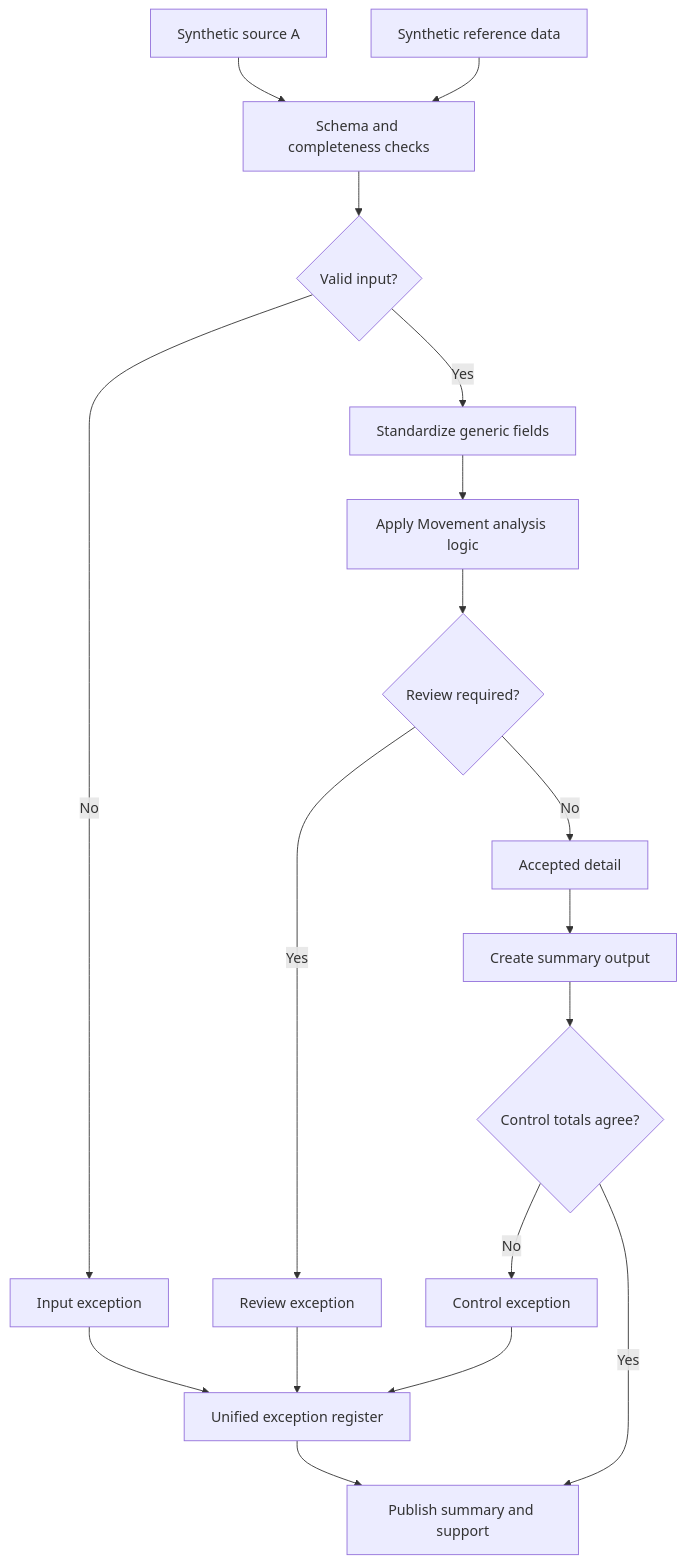
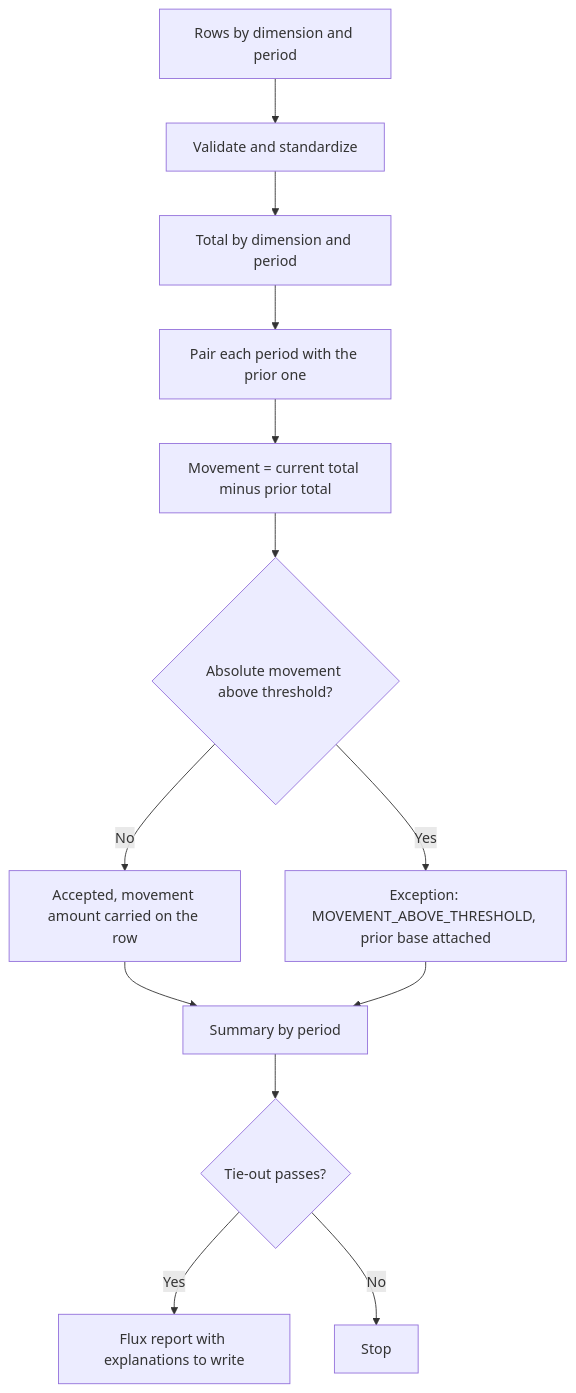
Before and after one commit to Erkzucr/automation-analytics-portfolio: the diagram in case-studies/06-period-over-period-analysis/README.md, drawn with Mermaid. The commit also changed 17 other files, not shown here.

````diff
--- a/case-studies/06-period-over-period-analysis/README.md
+++ b/case-studies/06-period-over-period-analysis/README.md
@@ -17,20 +17,15 @@
 ```mermaid
 flowchart TB
- A1[Synthetic source A] --> B[Schema and completeness checks]
- A2[Synthetic reference data] --> B
- B --> C{Valid input?}
- C -- No --> X1[Input exception]
- C -- Yes --> D[Standardize generic fields]
- D --> E[Apply Movement analysis logic]
- E --> F{Review required?}
- F -- Yes --> X2[Review exception]
- F -- No --> G[Accepted detail]
- G --> H[Create summary output]
- H --> I{Control totals agree?}
- I -- No --> X3[Control exception]
- I -- Yes --> J[Publish summary and support]
- X1 --> K[Unified exception register]
- X2 --> K
- X3 --> K
- K --> J
+ I[Rows by dimension and period] --> V[Validate and standardize]
+ V --> T[Total by dimension and period]
+ T --> PR[Pair each period with the prior one]
+ PR --> MV[Movement = current total minus prior total]
+ MV --> TH{Absolute movement above threshold?}
+ TH -- Yes --> X[Exception: MOVEMENT_ABOVE_THRESHOLD, prior base attached]
+ TH -- No --> A[Accepted, movement amount carried on the row]
+ A --> S[Summary by period]
+ X --> S
+ S --> C{Tie-out passes?}
+ C -- Yes --> P[Flux report with explanations to write]
+ C -- No --> F[Stop]
 ```
````
